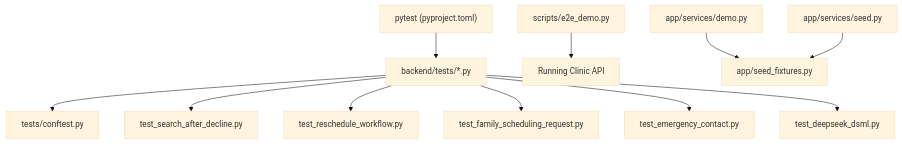
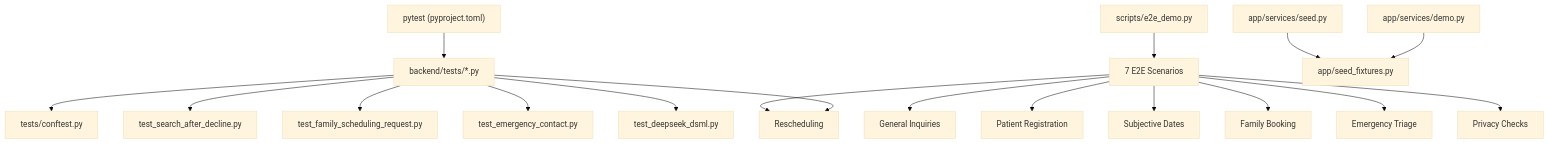
Before and after one commit to gokulkaarthicks/dental-chatbot: the first of 11 diagrams in .qoder/repowiki/en/content/Testing Strategy.md, drawn with Mermaid (base theme). The commit also changed other lines of this file and 280 other files, not shown here.

````diff
--- a/.qoder/repowiki/en/content/Testing Strategy.md
+++ b/.qoder/repowiki/en/content/Testing Strategy.md
@@ -41,13 +49,20 @@
 ```mermaid
 graph TB
 PyTest["pytest (pyproject.toml)"] --> Tests["backend/tests/*.py"]
 Tests --> Conftest["tests/conftest.py"]
 Tests --> SearchDecline["test_search_after_decline.py"]
 Tests --> Reschedule["test_reschedule_workflow.py"]
 Tests --> Family["test_family_scheduling_request.py"]
 Tests --> Emergency["test_emergency_contact.py"]
 Tests --> DeepSeek["test_deepseek_dsml.py"]
-E2E["scripts/e2e_demo.py"] --> API["Running Clinic API"]
+E2E["scripts/e2e_demo.py"] --> Scenarios["7 E2E Scenarios"]
+Scenarios --> Inquiries["General Inquiries"]
+Scenarios --> Registration["Patient Registration"]
+Scenarios --> SubjectiveDates["Subjective Dates"]
+Scenarios --> Reschedule["Rescheduling"]
+Scenarios --> FamilyBooking["Family Booking"]
+Scenarios --> EmergencyTriage["Emergency Triage"]
+Scenarios --> Privacy["Privacy Checks"]
 DemoStats["app/services/demo.py"] --> SeedFixtures["app/seed_fixtures.py"]
 SeedData["app/services/seed.py"] --> SeedFixtures
 ```
````
